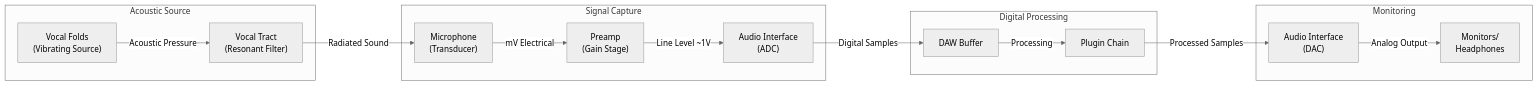
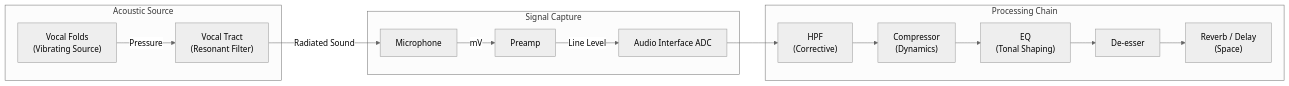
The diagram in topics/arts/music_performance/vocals/labs.md (blebleblee/synapse), drawn with Mermaid (neutral theme) before and after one commit. The commit also changed other lines of this file and 4 other files, not shown here.

````diff
--- a/topics/arts/music_performance/vocals/labs.md
+++ b/topics/arts/music_performance/vocals/labs.md
@@ -34,32 +141,27 @@
 ```mermaid
 graph LR
     subgraph sub_source ["Acoustic Source"]
         A["Vocal Folds<br/>(Vibrating Source)"]
         B["Vocal Tract<br/>(Resonant Filter)"]
     end
-    
+
     subgraph sub_capture ["Signal Capture"]
-        C["Microphone<br/>(Transducer)"]
-        D["Preamp<br/>(Gain Stage)"]
-        E["Audio Interface<br/>(ADC)"]
+        C["Microphone"]
+        D["Preamp"]
+        E["Audio Interface ADC"]
     end
-    
-    subgraph sub_digital ["Digital Processing"]
-        F["DAW Buffer"]
-        G["Plugin Chain"]
+
+    subgraph sub_chain ["Processing Chain"]
+        F["HPF<br/>(Corrective)"]
+        G["Compressor<br/>(Dynamics)"]
+        H["EQ<br/>(Tonal Shaping)"]
+        I["De-esser"]
+        J["Reverb / Delay<br/>(Space)"]
     end
-    
-    subgraph sub_output ["Monitoring"]
-        H["Audio Interface<br/>(DAC)"]
-        I["Monitors/<br/>Headphones"]
-    end
-    
-    A -->|"Acoustic Pressure"| B
+
+    A -->|"Pressure"| B
     B -->|"Radiated Sound"| C
-    C -->|"mV Electrical"| D
-    D -->|"Line Level ~1V"| E
-    E -->|"Digital Samples"| F
-    F -->|"Processing"| G
-    G -->|"Processed Samples"| H
-    H -->|"Analog Output"| I
+    C -->|"mV"| D
+    D -->|"Line Level"| E
+    E --> F --> G --> H --> I --> J
 ```
````
